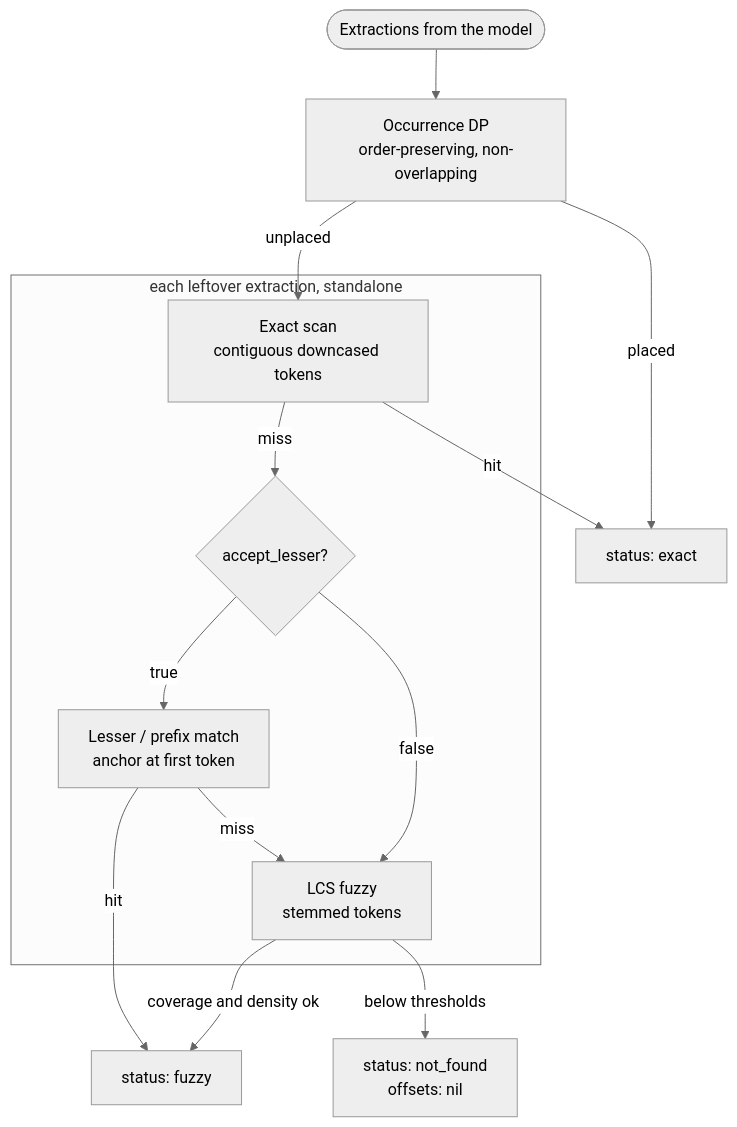
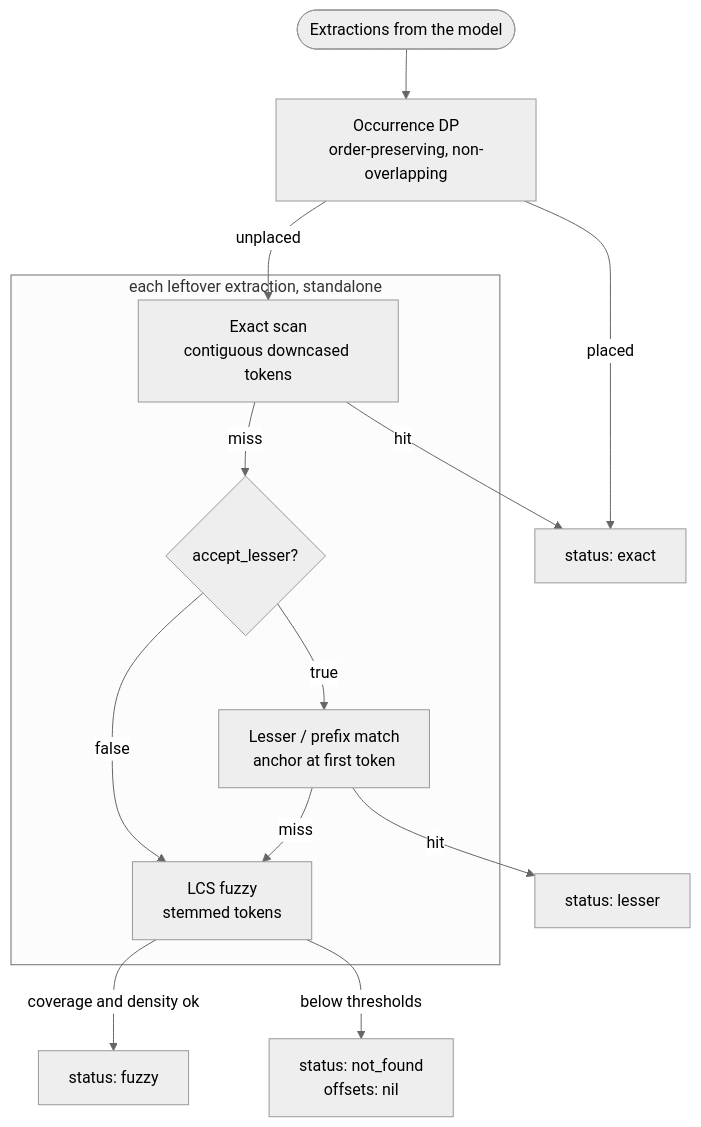
The diagram in guides/alignment.md (mdepolli/lang_extract), drawn with Mermaid (neutral theme) before and after one commit. The commit also changed other lines of this file and 16 other files, not shown here.

First line of the commit message:
Split :lesser out of :fuzzy as a fourth Span status.

````diff
--- a/guides/alignment.md
+++ b/guides/alignment.md
@@ -78,16 +84,16 @@
 ```mermaid
 flowchart TD
     In([Extractions from the model]) --> DP["Occurrence DP<br/>order-preserving, non-overlapping"]
     DP -->|placed| ExactOut["status: exact"]
     subgraph PerItem["each leftover extraction, standalone"]
         Exact["Exact scan<br/>contiguous downcased tokens"] -->|miss| Lesser{accept_lesser?}
         Lesser -->|true| Prefix["Lesser / prefix match<br/>anchor at first token"]
         Prefix -->|miss| LCS
         Lesser -->|false| LCS["LCS fuzzy<br/>stemmed tokens"]
     end
     DP -->|unplaced| Exact
     Exact -->|hit| ExactOut
-    Prefix -->|hit| FuzzyOut["status: fuzzy"]
-    LCS -->|"coverage and density ok"| FuzzyOut
+    Prefix -->|hit| LesserOut["status: lesser"]
+    LCS -->|"coverage and density ok"| FuzzyOut["status: fuzzy"]
     LCS -->|below thresholds| NF["status: not_found<br/>offsets: nil"]
 ```
````
